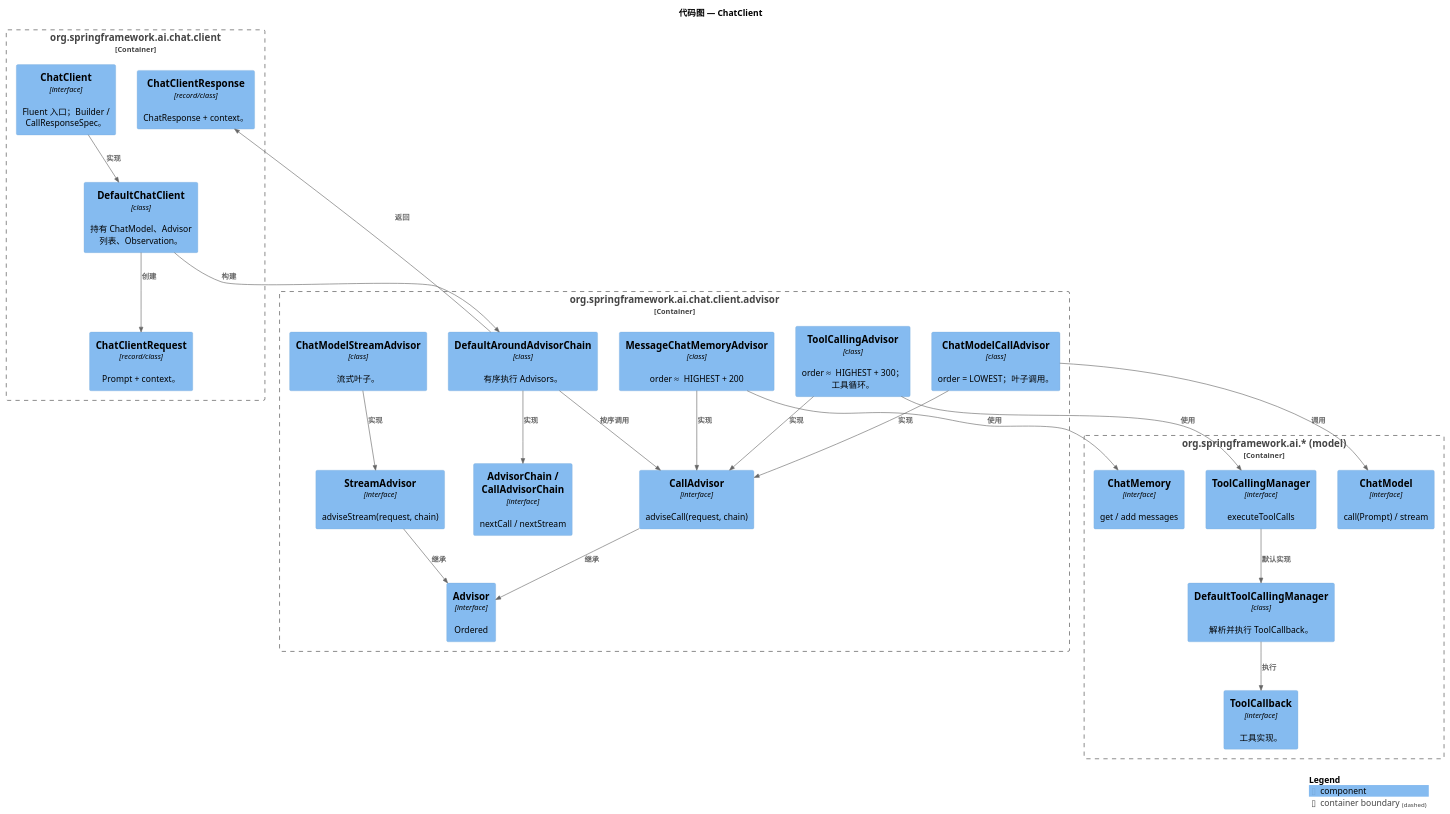
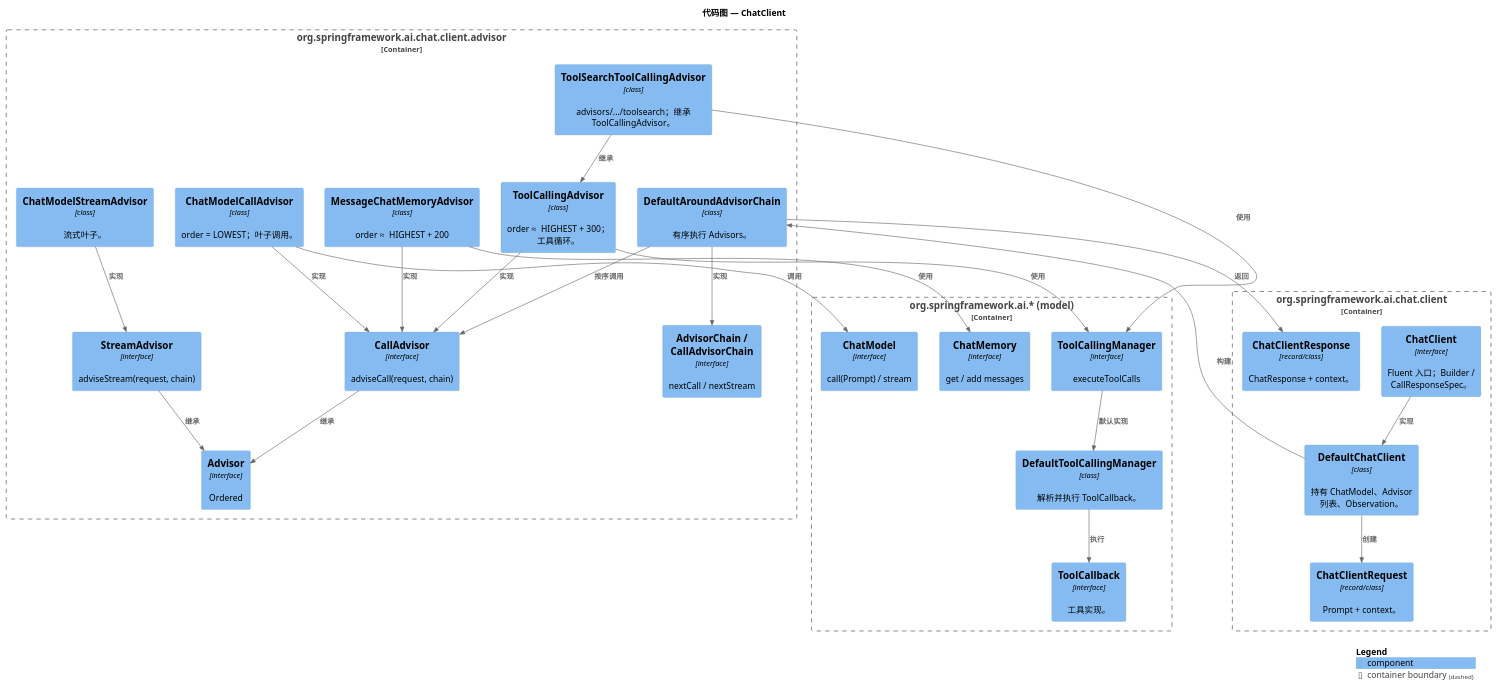
One commit to felixzhu97/community-docs changed the diagram in spring-ai/docs/c4-model/C4-Code-ChatClient.puml. Above: the diagram before and after it, drawn with PlantUML. The commit also changed 5 other files, not shown here.

Commit message:
docs(spring-ai): add Tool Search architecture views (#12)

```diff
--- a/spring-ai/docs/c4-model/C4-Code-ChatClient.puml
+++ b/spring-ai/docs/c4-model/C4-Code-ChatClient.puml
@@ -1,52 +1,55 @@
 @startuml Spring_AI_Code_ChatClient
 !include https://raw.githubusercontent.com/plantuml-stdlib/C4-PlantUML/master/C4_Component.puml
 
 title 代码图 — ChatClient
 
 Container_Boundary(clientPkg, "org.springframework.ai.chat.client") {
     Component(chatClient, "ChatClient", "interface", "Fluent 入口；Builder / CallResponseSpec。")
     Component(defaultClient, "DefaultChatClient", "class", "持有 ChatModel、Advisor 列表、Observation。")
     Component(request, "ChatClientRequest", "record/class", "Prompt + context。")
     Component(response, "ChatClientResponse", "record/class", "ChatResponse + context。")
 }
 
 Container_Boundary(advisorPkg, "org.springframework.ai.chat.client.advisor") {
     Component(advisor, "Advisor", "interface", "Ordered")
     Component(callAdvisor, "CallAdvisor", "interface", "adviseCall(request, chain)")
     Component(streamAdvisor, "StreamAdvisor", "interface", "adviseStream(request, chain)")
     Component(chain, "AdvisorChain / CallAdvisorChain", "interface", "nextCall / nextStream")
     Component(aroundChain, "DefaultAroundAdvisorChain", "class", "有序执行 Advisors。")
     Component(memoryAdv, "MessageChatMemoryAdvisor", "class", "order ≈ HIGHEST + 200")
     Component(toolAdv, "ToolCallingAdvisor", "class", "order ≈ HIGHEST + 300；工具循环。")
+    Component(toolSearchAdv, "ToolSearchToolCallingAdvisor", "class", "advisors/.../toolsearch；继承 ToolCallingAdvisor。")
     Component(callAdv, "ChatModelCallAdvisor", "class", "order = LOWEST；叶子调用。")
     Component(streamAdv, "ChatModelStreamAdvisor", "class", "流式叶子。")
 }
 
 Container_Boundary(modelPkg, "org.springframework.ai.* (model)") {
     Component(chatModel, "ChatModel", "interface", "call(Prompt) / stream")
     Component(toolMgr, "ToolCallingManager", "interface", "executeToolCalls")
     Component(defaultToolMgr, "DefaultToolCallingManager", "class", "解析并执行 ToolCallback。")
     Component(toolCb, "ToolCallback", "interface", "工具实现。")
     Component(chatMemory, "ChatMemory", "interface", "get / add messages")
 }
 
 Rel(chatClient, defaultClient, "实现")
 Rel(defaultClient, aroundChain, "构建")
 Rel(defaultClient, request, "创建")
 Rel(aroundChain, chain, "实现")
 Rel(aroundChain, callAdvisor, "按序调用")
 Rel(callAdvisor, advisor, "继承")
 Rel(streamAdvisor, advisor, "继承")
 Rel(memoryAdv, callAdvisor, "实现")
 Rel(toolAdv, callAdvisor, "实现")
+Rel(toolSearchAdv, toolAdv, "继承")
 Rel(callAdv, callAdvisor, "实现")
 Rel(streamAdv, streamAdvisor, "实现")
 Rel(memoryAdv, chatMemory, "使用")
 Rel(toolAdv, toolMgr, "使用")
+Rel(toolSearchAdv, toolMgr, "使用")
 Rel(toolMgr, defaultToolMgr, "默认实现")
 Rel(defaultToolMgr, toolCb, "执行")
 Rel(callAdv, chatModel, "调用")
 Rel(aroundChain, response, "返回")
 
 SHOW_LEGEND()
 @enduml
```
